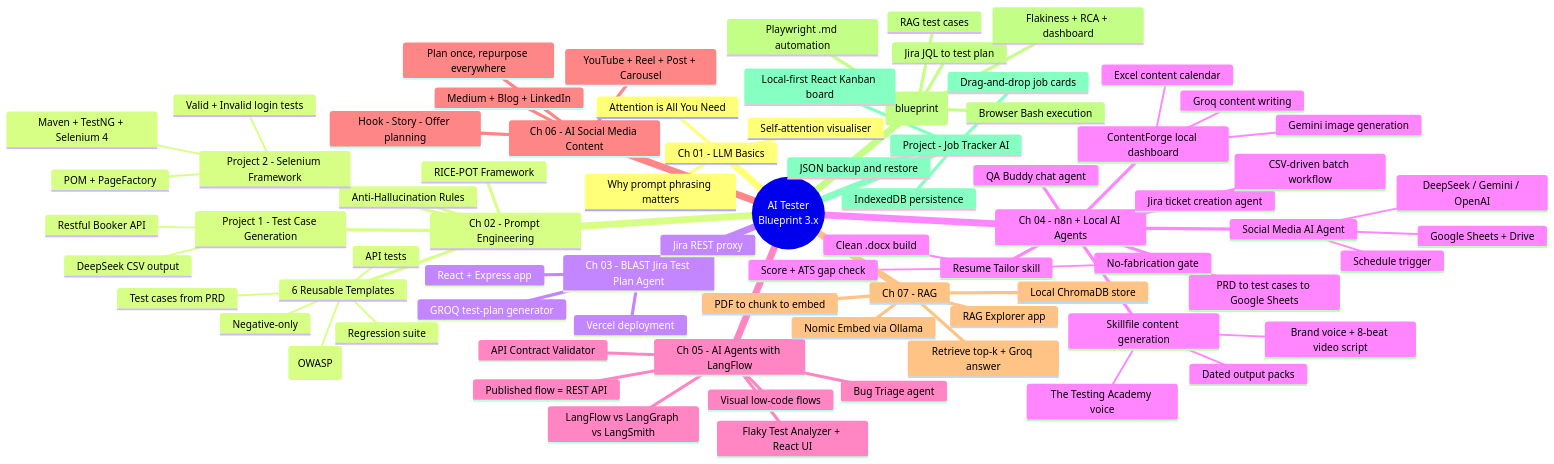
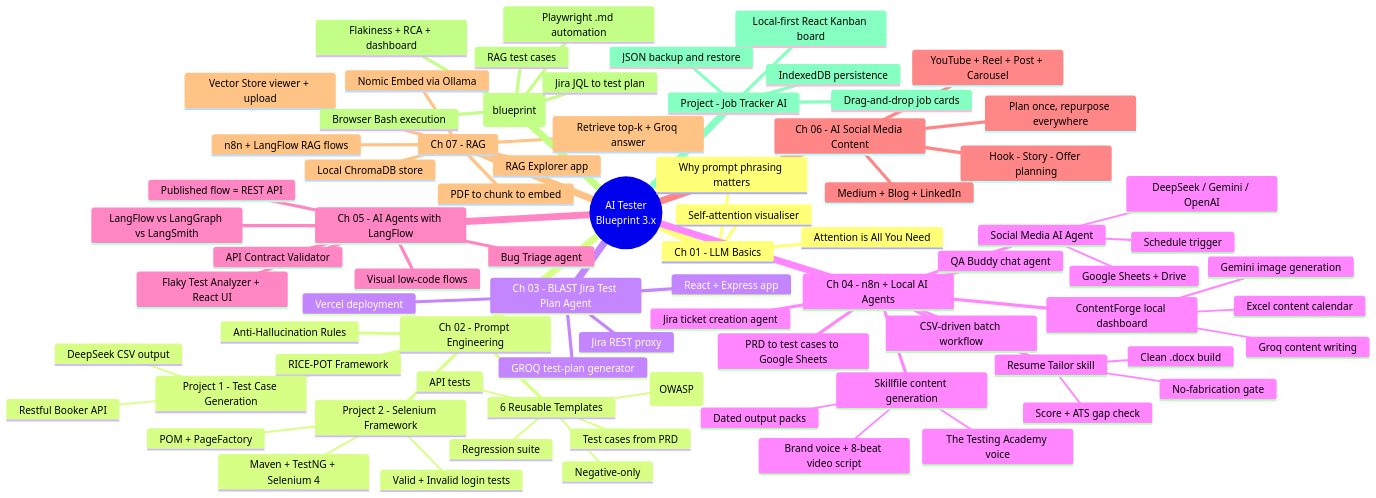
The first of 10 diagrams in README.md (RJ-626/Learn_AITester_batch3x), drawn with Mermaid before and after one commit. The commit also changed other lines of this file and 11 other files, not shown here.

First line of the commit message:
feat: ch07 vector-store tab, file upload, LangFlow RAG

````diff
--- a/README.md
+++ b/README.md
@@ -14,79 +14,81 @@
 ```mermaid
 mindmap
   root((AI Tester<br/>Blueprint 3.x))
     Ch 01 - LLM Basics
       Attention is All You Need
       Self-attention visualiser
       Why prompt phrasing matters
     Ch 02 - Prompt Engineering
       Anti-Hallucination Rules
       RICE-POT Framework
       Project 1 - Test Case Generation
         Restful Booker API
         DeepSeek CSV output
       Project 2 - Selenium Framework
         Maven + TestNG + Selenium 4
         POM + PageFactory
         Valid + Invalid login tests
       6 Reusable Templates
         Test cases from PRD
         API tests
         Negative-only
         Security (OWASP)
         Regression suite
     Ch 03 - BLAST Jira Test Plan Agent
       React + Express app
       Jira REST proxy
       GROQ test-plan generator
       Vercel deployment
     Ch 04 - n8n + Local AI Agents
       QA Buddy chat agent
       Jira ticket creation agent
       PRD to test cases to Google Sheets
       CSV-driven batch workflow
       ContentForge local dashboard
         Groq content writing
         Gemini image generation
         Excel content calendar
       Skillfile content generation
         The Testing Academy voice
         Brand voice + 8-beat video script
         Dated output packs
       Social Media AI Agent
         Schedule trigger
         DeepSeek / Gemini / OpenAI
         Google Sheets + Drive
       Resume Tailor skill
         Score + ATS gap check
         No-fabrication gate
         Clean .docx build
     Ch 05 - AI Agents with LangFlow
       Visual low-code flows
       Published flow = REST API
       Flaky Test Analyzer + React UI
       API Contract Validator
       Bug Triage agent
       LangFlow vs LangGraph vs LangSmith
     Ch 06 - AI Social Media Content
       Hook - Story - Offer planning
       YouTube + Reel + Post + Carousel
       Medium + Blog + LinkedIn
       Plan once, repurpose everywhere
     Ch 07 - RAG
       RAG Explorer app
       PDF to chunk to embed
       Nomic Embed via Ollama
       Local ChromaDB store
       Retrieve top-k + Groq answer
+      Vector Store viewer + upload
+      n8n + LangFlow RAG flows
     E2E AI QA Pipeline (blueprint)
       Jira JQL to test plan
       RAG test cases
       Playwright .md automation
       Browser Bash execution
       Flakiness + RCA + dashboard
     Project - Job Tracker AI
       Local-first React Kanban board
       IndexedDB persistence
       Drag-and-drop job cards
       JSON backup and restore
 ```
````
